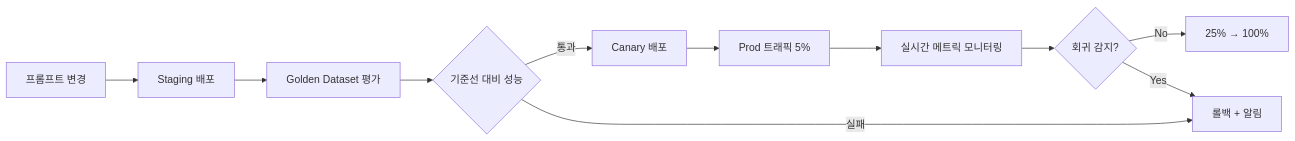
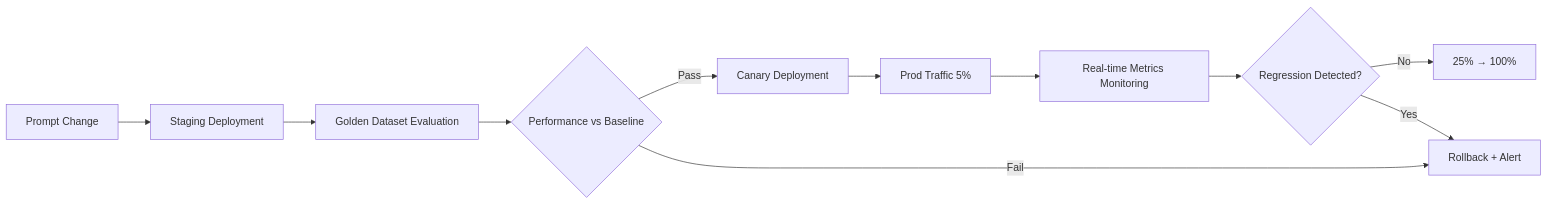
The diagram in docs/aidlc/enterprise/agent-versioning/governance-automation.md (devfloor9/engineering-playbook), drawn with Mermaid before and after one commit. The commit also changed other lines of this file and 954 other files, not shown here.

````diff
--- a/docs/aidlc/enterprise/agent-versioning/governance-automation.md
+++ b/docs/aidlc/enterprise/agent-versioning/governance-automation.md
@@ -27,13 +27,13 @@
 ```mermaid
 graph LR
-    A[프롬프트 변경] --> B[Staging 배포]
-    B --> C[Golden Dataset 평가]
-    C --> D{기준선 대비 성능}
-    D -->|통과| E[Canary 배포]
-    D -->|실패| F[롤백 + 알림]
-    E --> G[Prod 트래픽 5%]
-    G --> H[실시간 메트릭 모니터링]
-    H --> I{회귀 감지?}
+    A[Prompt Change] --> B[Staging Deployment]
+    B --> C[Golden Dataset Evaluation]
+    C --> D{Performance vs Baseline}
+    D -->|Pass| E[Canary Deployment]
+    D -->|Fail| F[Rollback + Alert]
+    E --> G[Prod Traffic 5%]
+    G --> H[Real-time Metrics Monitoring]
+    H --> I{Regression Detected?}
     I -->|No| J[25% → 100%]
     I -->|Yes| F
 ```
````
